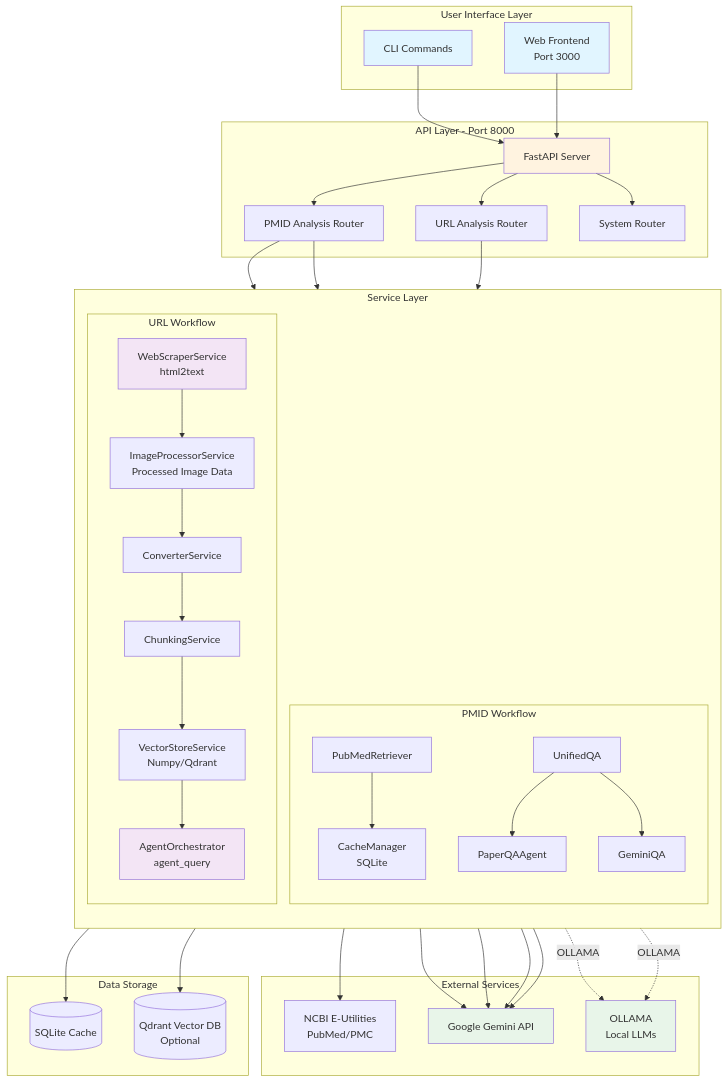
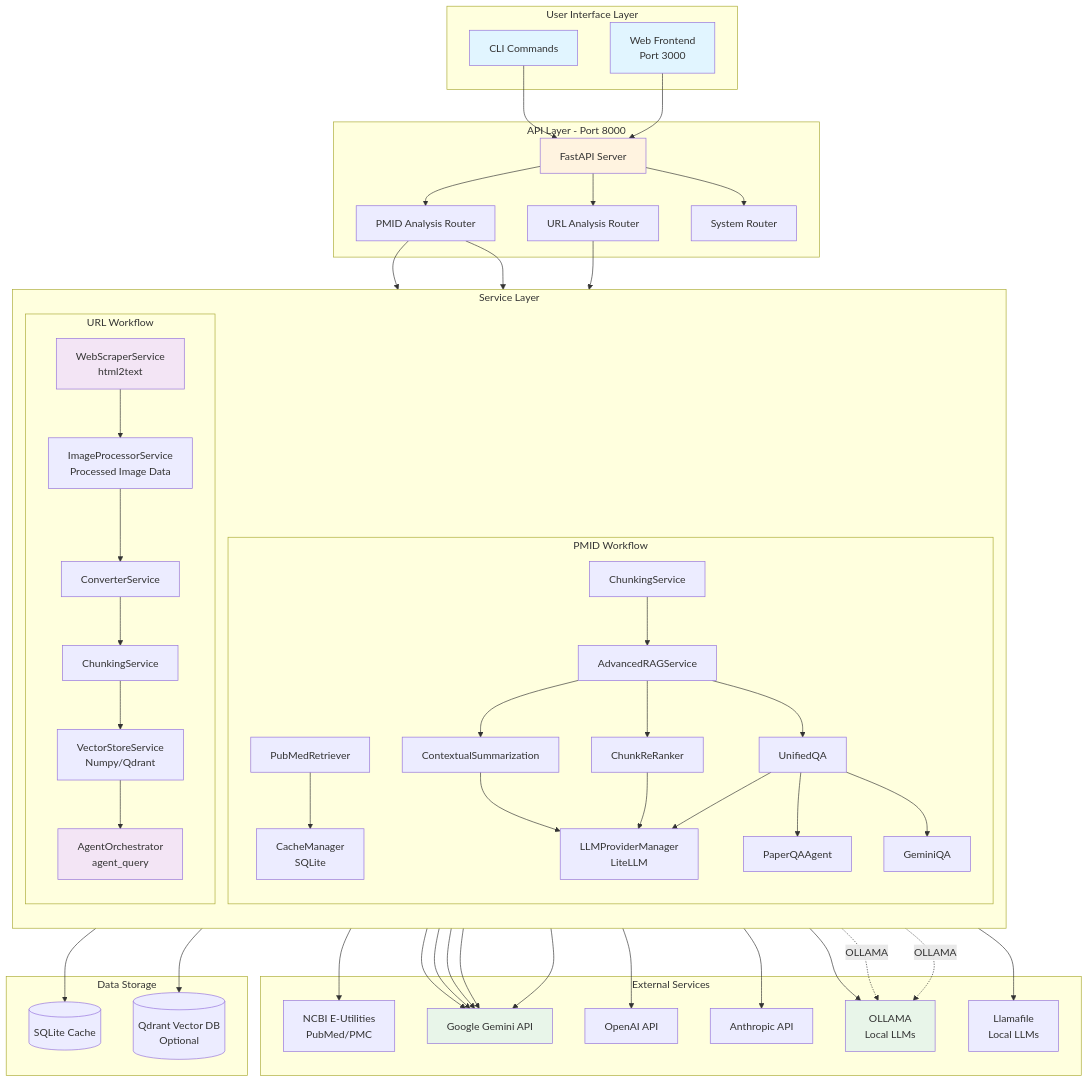
Before and after one commit to waldronlab/bioanalyzer-backend: the first of 6 diagrams in ARCHITECTURE.md, drawn with Mermaid. The commit also changed other lines of this file, not shown here.

First line of the commit message:
docs: update ARCHITECTURE.md with RAG and LiteLLM integration

```diff
--- a/ARCHITECTURE.md
+++ b/ARCHITECTURE.md
@@ -50,7 +53,12 @@
         subgraph "PMID Workflow"
             RETRIEVER[PubMedRetriever]
             CACHE[CacheManager<br/>SQLite]
+            CHUNKER_SVC[ChunkingService]
+            ADV_RAG[AdvancedRAGService]
+            CONTEXT_SUM[ContextualSummarization]
+            RERANKER[ChunkReRanker]
             UNIFIED_QA[UnifiedQA]
+            LLM_MGR[LLMProviderManager<br/>LiteLLM]
             PAPERQA[PaperQAAgent]
             GEMINI[GeminiQA]
         end
@@ -68,7 +76,10 @@
     subgraph "External Services"
         NCBI[NCBI E-Utilities<br/>PubMed/PMC]
         GEMINI_API[Google Gemini API]
+        OPENAI_API[OpenAI API]
+        ANTHROPIC_API[Anthropic API]
         OLLAMA_API[OLLAMA<br/>Local LLMs]
+        LLAMAFILE[Llamafile<br/>Local LLMs]
     end
     
     subgraph "Data Storage"
@@ -88,9 +99,21 @@
     RETRIEVER --> CACHE
     CACHE --> SQLITE
     
-    PMID_ROUTER --> UNIFIED_QA
+    PMID_ROUTER --> CHUNKER_SVC
+    CHUNKER_SVC --> ADV_RAG
+    ADV_RAG --> CONTEXT_SUM
+    ADV_RAG --> RERANKER
+    CONTEXT_SUM --> LLM_MGR
+    RERANKER --> LLM_MGR
+    ADV_RAG --> UNIFIED_QA
+    UNIFIED_QA --> LLM_MGR
     UNIFIED_QA --> PAPERQA
     UNIFIED_QA --> GEMINI
+    LLM_MGR --> GEMINI_API
+    LLM_MGR --> OPENAI_API
+    LLM_MGR --> ANTHROPIC_API
+    LLM_MGR --> OLLAMA_API
+    LLM_MGR --> LLAMAFILE
     
     URL_ROUTER --> SCRAPER
     SCRAPER --> IMG_PROC
```
